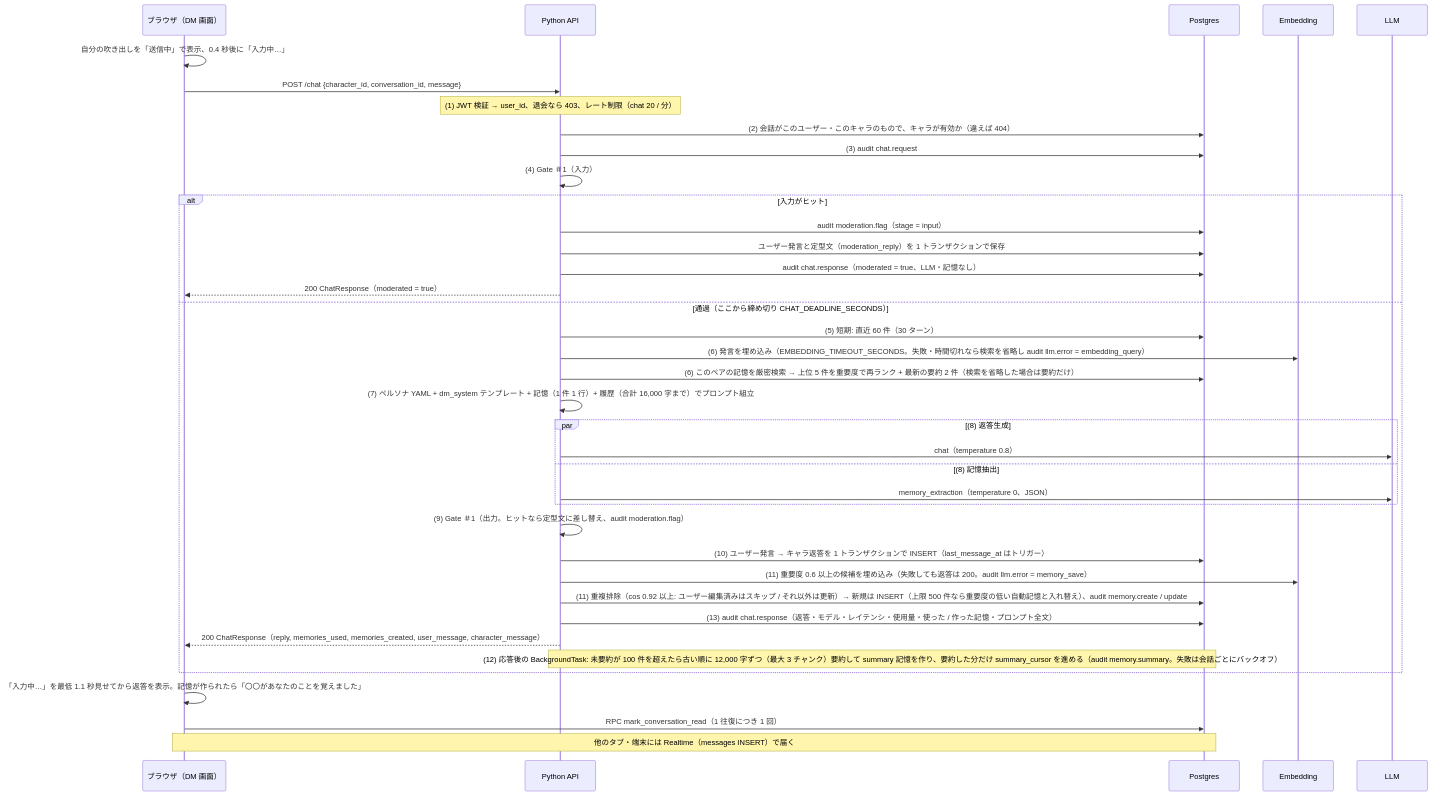
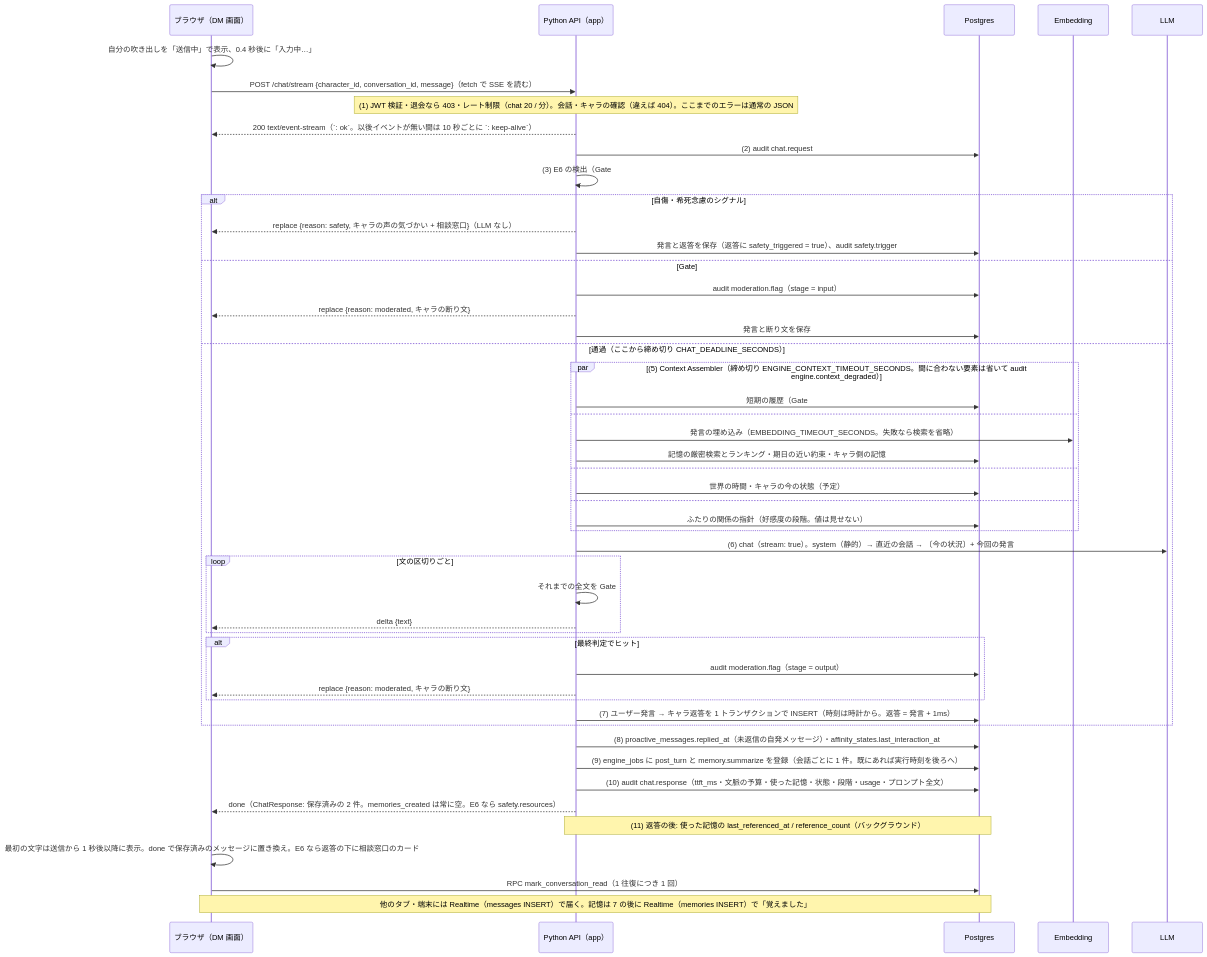
The sixth of 11 diagrams in docs/handover/02-data-flow.md (tasuku-kobayashi/everkano), drawn with Mermaid before and after one commit. The commit also changed other lines of this file and 95 other files, not shown here.

````diff
--- a/docs/handover/02-data-flow.md
+++ b/docs/handover/02-data-flow.md
@@ -194,40 +211,51 @@
 ```mermaid
 sequenceDiagram
   participant B as ブラウザ（DM 画面）
-  participant API as Python API
+  participant API as Python API（app）
   participant DB as Postgres
   participant E as Embedding
   participant L as LLM
   B->>B: 自分の吹き出しを「送信中」で表示、0.4 秒後に「入力中…」
-  B->>API: POST /chat {character_id, conversation_id, message}
-  Note over API: (1) JWT 検証 → user_id、退会なら 403、レート制限（chat 20 / 分）
-  API->>DB: (2) 会話がこのユーザー・このキャラのもので、キャラが有効か（違えば 404）
-  API->>DB: (3) audit chat.request
-  API->>API: (4) Gate ＃1（入力）
-  alt 入力がヒット
+  B->>API: POST /chat/stream {character_id, conversation_id, message}（fetch で SSE を読む）
+  Note over API: (1) JWT 検証・退会なら 403・レート制限（chat 20 / 分）。会話・キャラの確認（違えば 404）。ここまでのエラーは通常の JSON
+  API-->>B: 200 text/event-stream（`: ok`。以後イベントが無い間は 10 秒ごとに `: keep-alive`）
+  API->>DB: (2) audit chat.request
+  API->>API: (3) E6 の検出（Gate #1 より前）
+  alt 自傷・希死念慮のシグナル
+    API-->>B: replace {reason: safety, キャラの声の気づかい + 相談窓口}（LLM なし）
+    API->>DB: 発言と返答を保存（返答に safety_triggered = true）、audit safety.trigger
+  else Gate #1（入力）がヒット
     API->>DB: audit moderation.flag（stage = input）
-    API->>DB: ユーザー発言と定型文（moderation_reply）を 1 トランザクションで保存
-    API->>DB: audit chat.response（moderated = true、LLM・記憶なし）
-    API-->>B: 200 ChatResponse（moderated = true）
+    API-->>B: replace {reason: moderated, キャラの断り文}
+    API->>DB: 発言と断り文を保存
   else 通過（ここから締め切り CHAT_DEADLINE_SECONDS）
-    API->>DB: (5) 短期: 直近 60 件（30 ターン）
-    API->>E: (6) 発言を埋め込み（EMBEDDING_TIMEOUT_SECONDS。失敗・時間切れなら検索を省略し audit llm.error = embedding_query）
-    API->>DB: (6) このペアの記憶を厳密検索 → 上位 5 件を重要度で再ランク + 最新の要約 2 件（検索を省略した場合は要約だけ）
-    API->>API: (7) ペルソナ YAML + dm_system テンプレート + 記憶（1 件 1 行）+ 履歴（合計 16,000 字まで）でプロンプト組立
-    par (8) 返答生成
-      API->>L: chat（temperature 0.8）
-    and (8) 記憶抽出
-      API->>L: memory_extraction（temperature 0、JSON）
+    par (5) Context Assembler（締め切り ENGINE_CONTEXT_TIMEOUT_SECONDS。間に合わない要素は省いて audit engine.context_degraded）
+      API->>DB: 短期の履歴（Gate #1 の発言は置き換え）
+    and
+      API->>E: 発言の埋め込み（EMBEDDING_TIMEOUT_SECONDS。失敗なら検索を省略）
+      API->>DB: 記憶の厳密検索とランキング・期日の近い約束・キャラ側の記憶
+    and
+      API->>DB: 世界の時間・キャラの今の状態（予定）
+    and
+      API->>DB: ふたりの関係の指針（好感度の段階。値は見せない）
     end
-    API->>API: (9) Gate ＃1（出力。ヒットなら定型文に差し替え、audit moderation.flag）
-    API->>DB: (10) ユーザー発言 → キャラ返答を 1 トランザクションで INSERT（last_message_at はトリガー）
-    API->>E: (11) 重要度 0.6 以上の候補を埋め込み（失敗しても返答は 200。audit llm.error = memory_save）
-    API->>DB: (11) 重複排除（cos 0.92 以上: ユーザー編集済みはスキップ / それ以外は更新）→ 新規は INSERT（上限 500 件なら重要度の低い自動記憶と入れ替え）、audit memory.create / update
-    API->>DB: (13) audit chat.response（返答・モデル・レイテンシ・使用量・使った / 作った記憶・プロンプト全文）
-    API-->>B: 200 ChatResponse（reply, memories_used, memories_created, user_message, character_message）
-    Note over API,DB: (12) 応答後の BackgroundTask: 未要約が 100 件を超えたら古い順に 12,000 字ずつ（最大 3 チャンク）要約して summary 記憶を作り、要約した分だけ summary_cursor を進める（audit memory.summary。失敗は会話ごとにバックオフ）
+    API->>L: (6) chat（stream: true）。system（静的）→ 直近の会話 → 〔今の状況〕+ 今回の発言
+    loop 文の区切りごと
+      API->>API: それまでの全文を Gate #1 + NG ワード + OutputGuard（E2 / E3）で検査
+      API-->>B: delta {text}
+    end
+    alt 最終判定でヒット
+      API->>DB: audit moderation.flag（stage = output）
+      API-->>B: replace {reason: moderated, キャラの断り文}
+    end
+    API->>DB: (7) ユーザー発言 → キャラ返答を 1 トランザクションで INSERT（時刻は時計から。返答 = 発言 + 1ms）
   end
-  B->>B: 「入力中…」を最低 1.1 秒見せてから返答を表示。記憶が作られたら「〇〇があなたのことを覚えました」
+  API->>DB: (8) proactive_messages.replied_at（未返信の自発メッセージ）・affinity_states.last_interaction_at
+  API->>DB: (9) engine_jobs に post_turn と memory.summarize を登録（会話ごとに 1 件。既にあれば実行時刻を後ろへ）
+  API->>DB: (10) audit chat.response（ttft_ms・文脈の予算・使った記憶・状態・段階・usage・プロンプト全文）
+  API-->>B: done（ChatResponse: 保存済みの 2 件。memories_created は常に空。E6 なら safety.resources）
+  Note over API,DB: (11) 返答の後: 使った記憶の last_referenced_at / reference_count（バックグラウンド）
+  B->>B: 最初の文字は送信から 1 秒後以降に表示。done で保存済みのメッセージに置き換え。E6 なら返答の下に相談窓口のカード
   B->>DB: RPC mark_conversation_read（1 往復につき 1 回）
-  Note over B,DB: 他のタブ・端末には Realtime（messages INSERT）で届く
+  Note over B,DB: 他のタブ・端末には Realtime（messages INSERT）で届く。記憶は 7 の後に Realtime（memories INSERT）で「覚えました」
 ```
````
